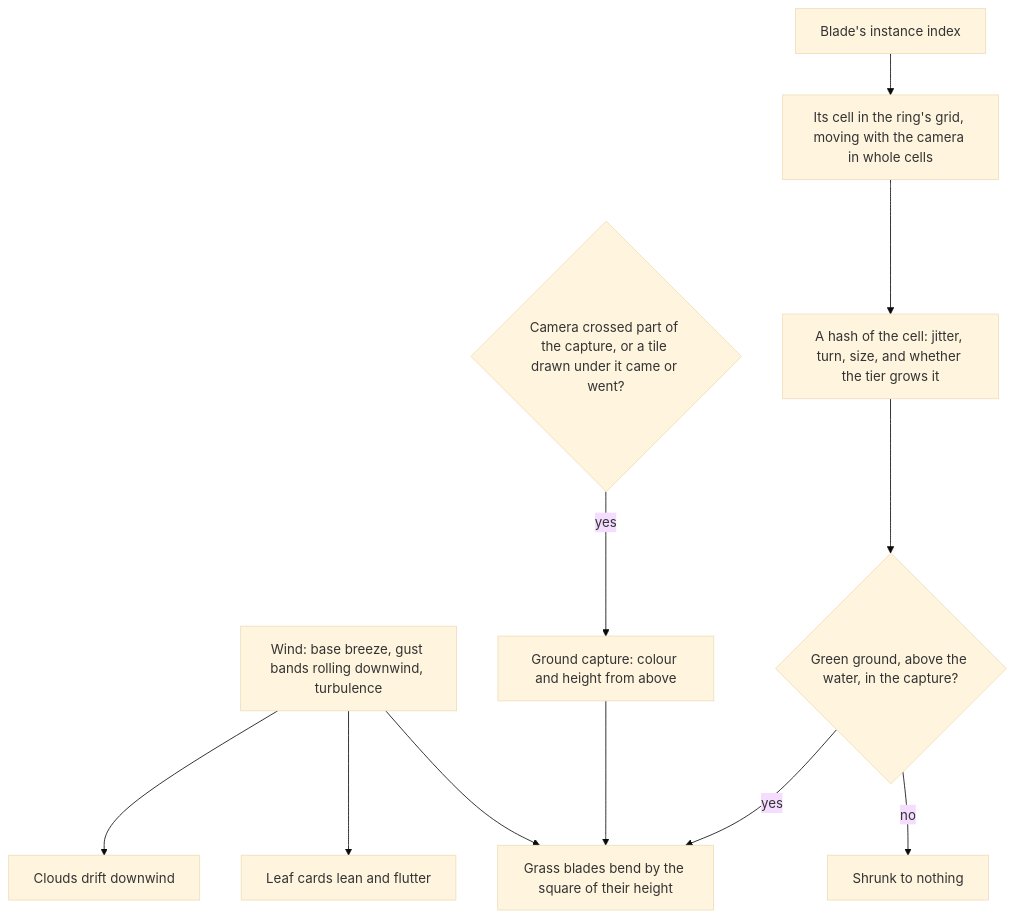
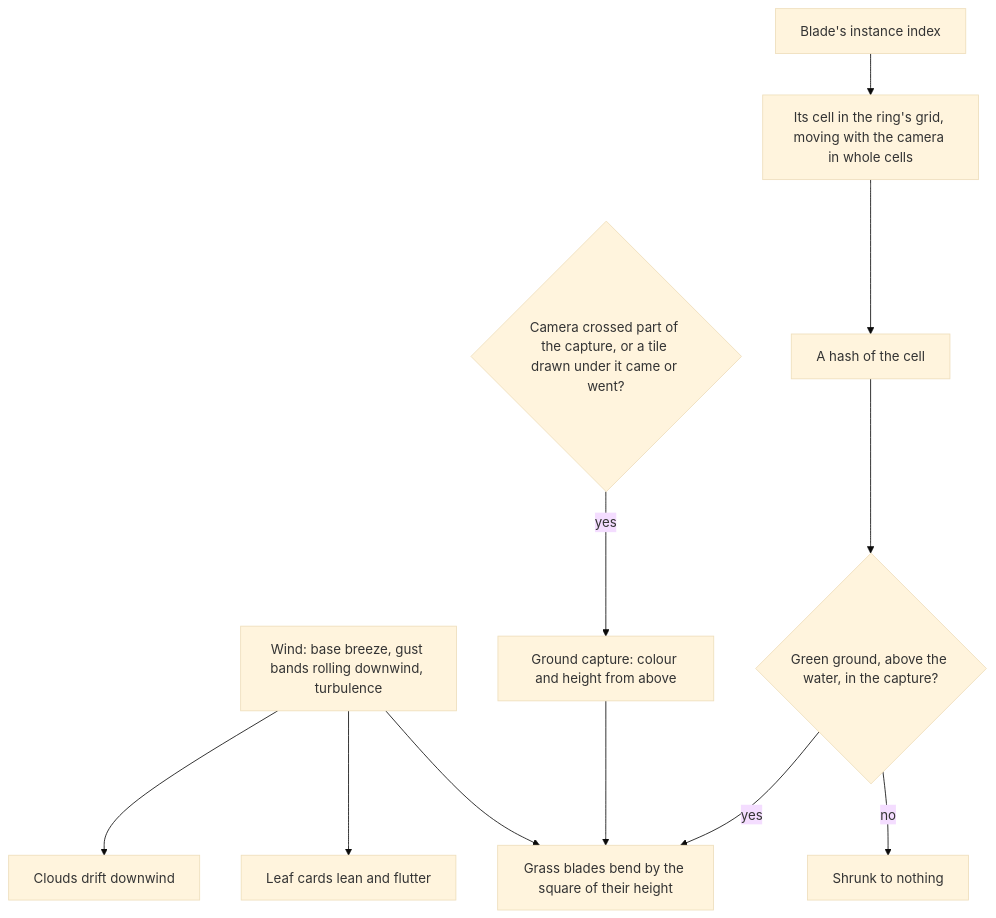
Before and after one commit to Esposter/Esposter: the diagram in openspec/specs/genshin/vegetation/design.md, drawn with Mermaid (base theme). The commit also changed 11 other files, not shown here.

````diff
--- a/openspec/specs/genshin/vegetation/design.md
+++ b/openspec/specs/genshin/vegetation/design.md
@@ -7,13 +7,13 @@
 ```mermaid
 flowchart TD
   WF[Wind: base breeze, gust bands rolling downwind, turbulence] --> G[Grass blades bend by the square of their height]
   WF --> L[Leaf cards lean and flutter]
   WF --> CL[Clouds drift downwind]
   CAM{Camera crossed part of the capture, or a tile drawn under it came or went?} -->|yes| CAP[Ground capture: colour and height from above]
   CAP --> G
   I[Blade's instance index] --> CELL[Its cell in the ring's grid, moving with the camera in whole cells]
-  CELL --> H[A hash of the cell: jitter, turn, size, and whether the tier grows it]
+  CELL --> H[A hash of the cell]
   H --> K{Green ground, above the water, in the capture?}
   K -->|yes| G
   K -->|no| X[Shrunk to nothing]
 ```
````
